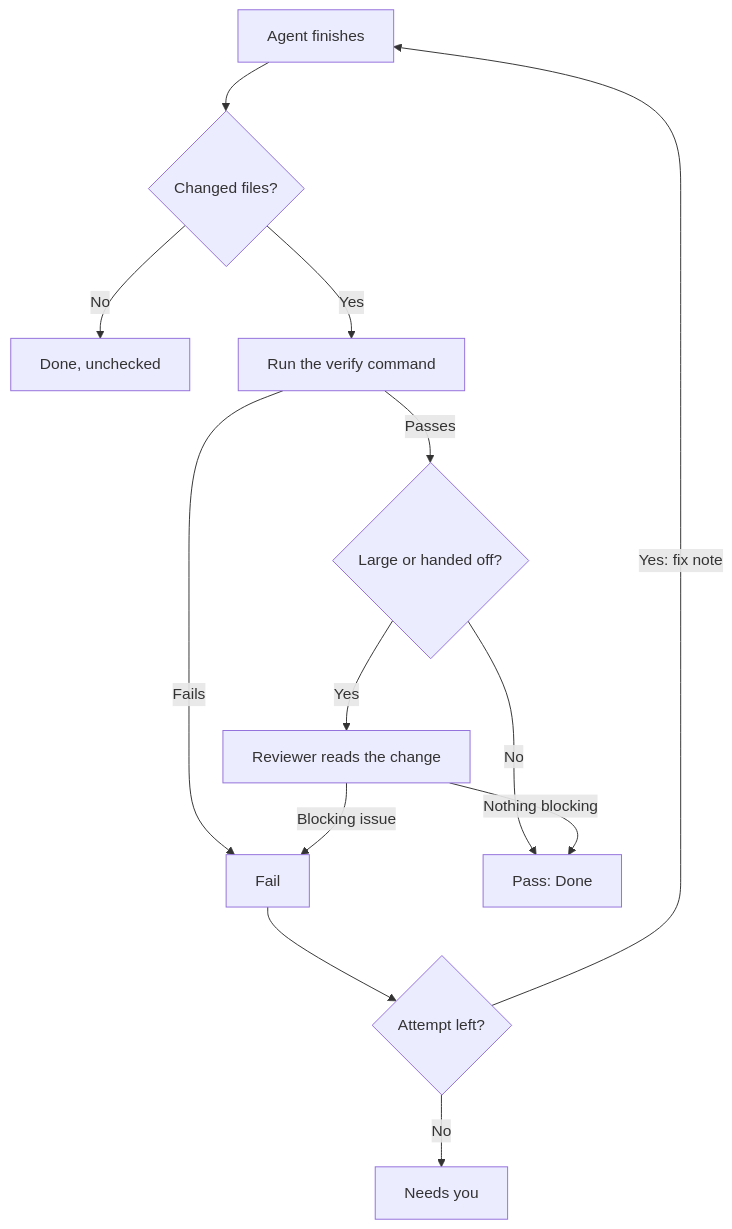
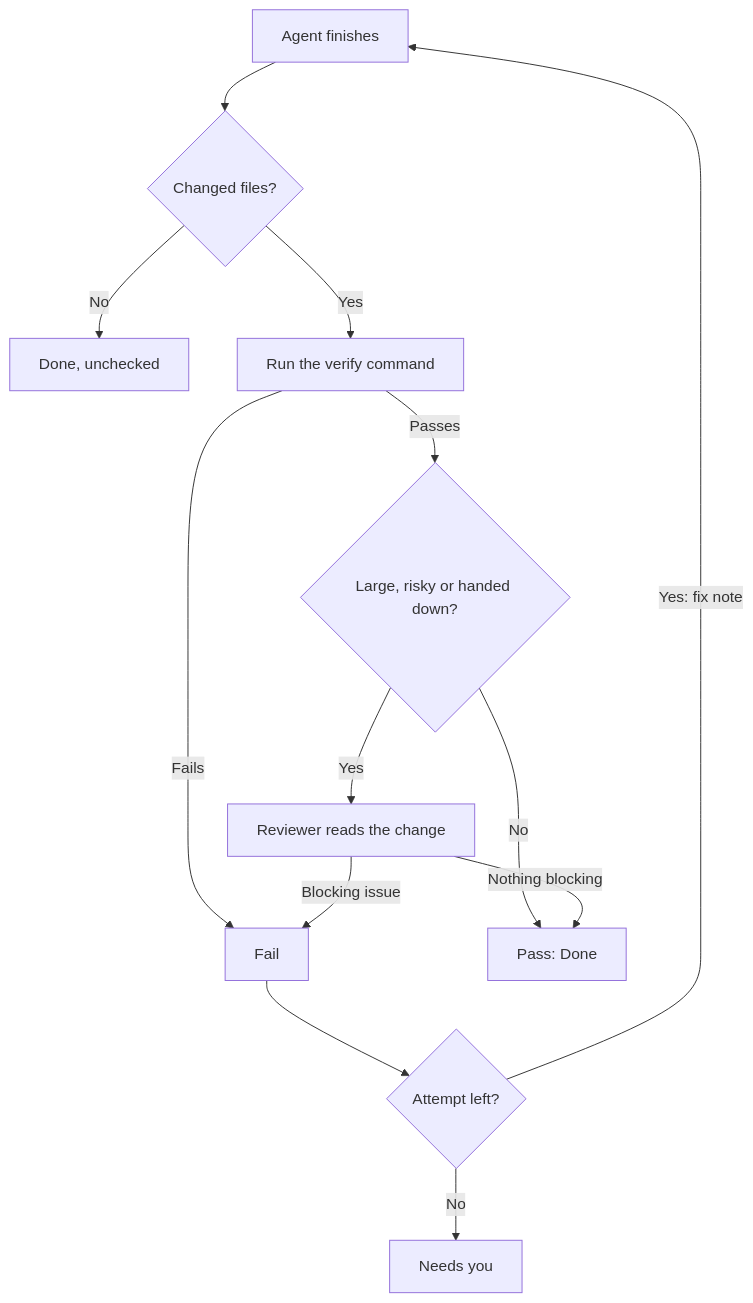
Before and after one commit to clawboo/clawboo: the diagram in docs/concepts/verification.md, drawn with Mermaid. The commit also changed other lines of this file and 34 other files, not shown here.

````diff
--- a/docs/concepts/verification.md
+++ b/docs/concepts/verification.md
@@ -53,15 +64,15 @@
 ```mermaid
 flowchart TD
     A["Agent finishes"] --> B{"Changed files?"}
     B -->|No| D["Done, unchecked"]
     B -->|Yes| C["Run the verify command"]
     C -->|Fails| F["Fail"]
-    C -->|Passes| R{"Large or handed off?"}
+    C -->|Passes| R{"Large, risky or handed down?"}
     R -->|No| P["Pass: Done"]
     R -->|Yes| V["Reviewer reads the change"]
     V -->|Blocking issue| F
     V -->|Nothing blocking| P
     F --> L{"Attempt left?"}
     L -->|"Yes: fix note"| A
     L -->|No| N["Needs you"]
 ```
````
